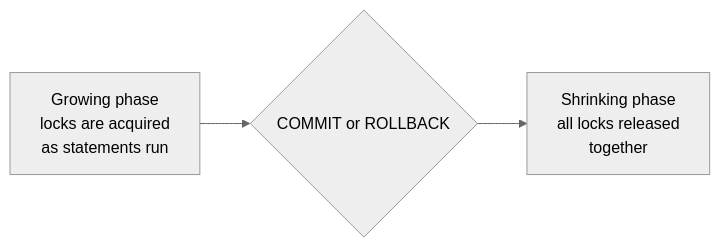
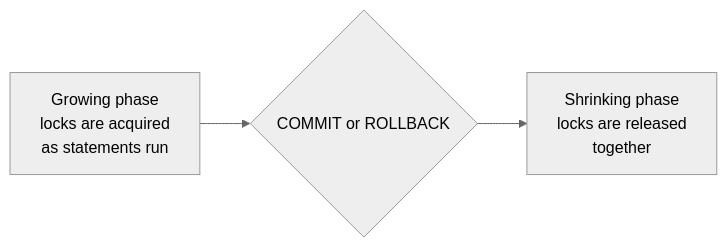
One commit to tjovic/database-design-labs-public changed the first of 2 diagrams in labs/lab10-concurrency.md. Above: the diagram before and after it, drawn with Mermaid (neutral theme). The commit also changed other lines of this file, not shown here.

````diff
--- a/labs/lab10-concurrency.md
+++ b/labs/lab10-concurrency.md
@@ -526,5 +533,5 @@
 ```mermaid
 flowchart LR
     G["Growing phase\nlocks are acquired\nas statements run"] --> E{"COMMIT or ROLLBACK"}
-    E --> S["Shrinking phase\nall locks released\ntogether"]
+    E --> S["Shrinking phase\nlocks are released\ntogether"]
 ```
````
